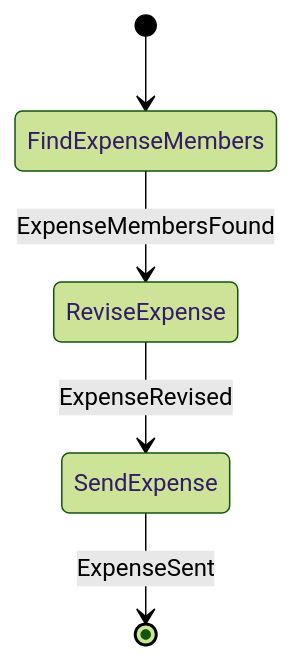
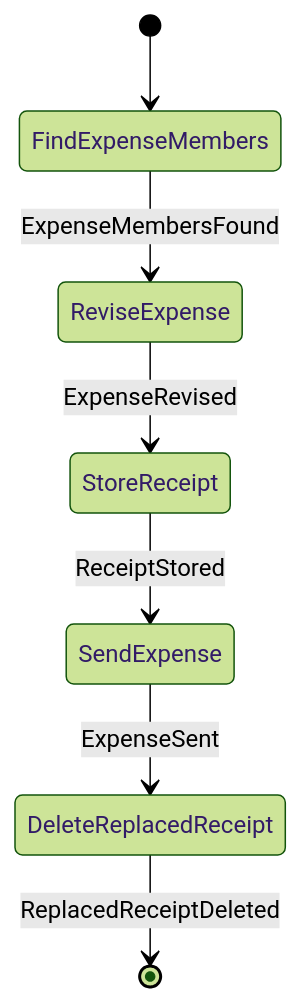
The fourth of 14 diagrams in docs/architecture/workflows/groupstate.md (cbgm/Sparrow), drawn with Mermaid (forest theme) before and after one commit. The commit also changed other lines of this file and 61 other files, not shown here.

Commit message:
Add receipt functionality for close expenses, delete expense and edit expense

````diff
--- a/docs/architecture/workflows/groupstate.md
+++ b/docs/architecture/workflows/groupstate.md
@@ -100,7 +102,9 @@
 ```mermaid
 stateDiagram-v2
     [*] --> FindExpenseMembers
     FindExpenseMembers --> ReviseExpense : ExpenseMembersFound
-    ReviseExpense --> SendExpense : ExpenseRevised
-    SendExpense --> [*] : ExpenseSent
+    ReviseExpense --> StoreReceipt : ExpenseRevised
+    StoreReceipt --> SendExpense : ReceiptStored
+    SendExpense --> DeleteReplacedReceipt : ExpenseSent
+    DeleteReplacedReceipt --> [*] : ReplacedReceiptDeleted
 ```
````
